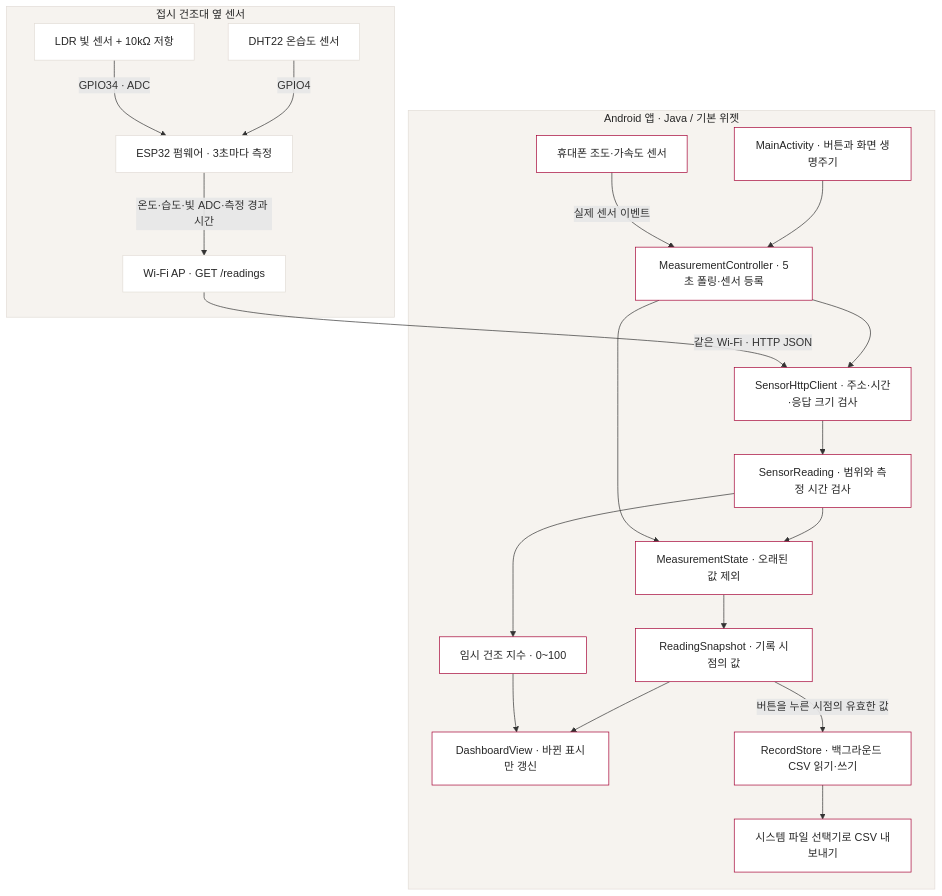
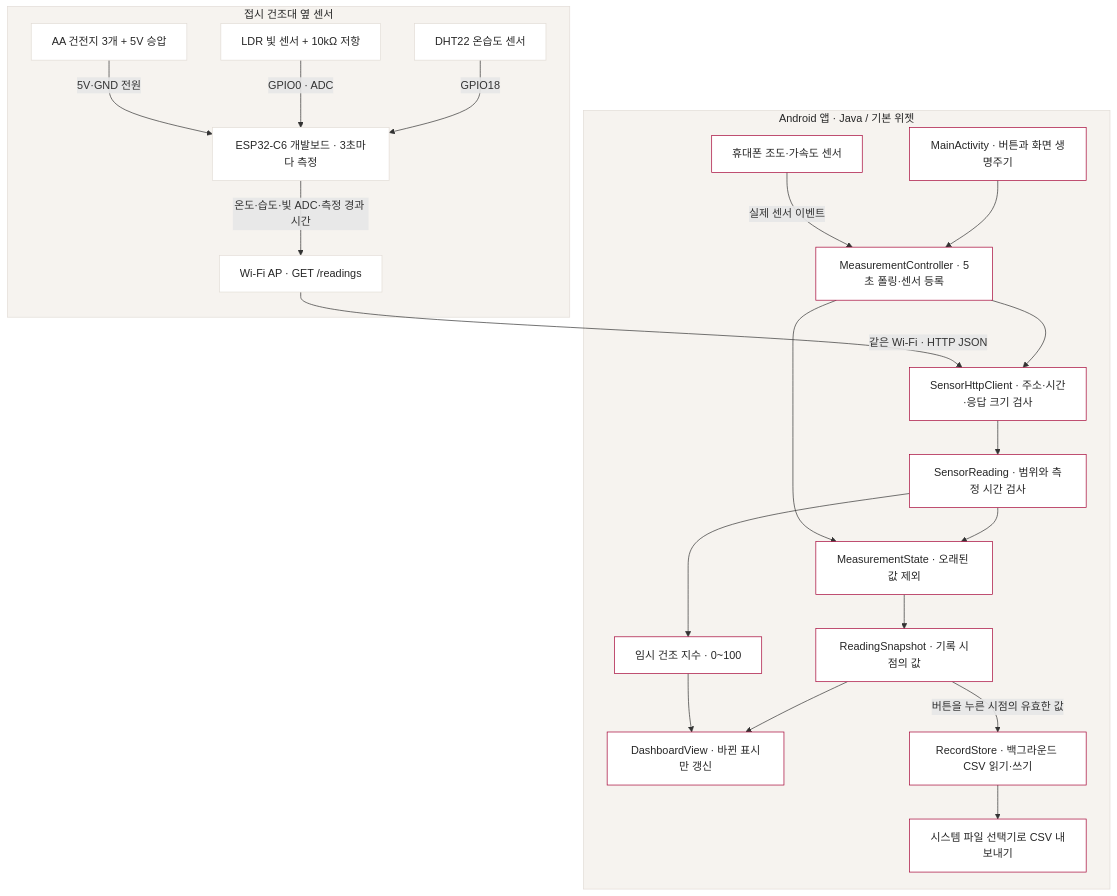
Before and after one commit to unknownamed/lgax-kitchen-sensor-android: the diagram in README.md, drawn with Mermaid. The commit also changed other lines of this file and 23 other files, not shown here.

````diff
--- a/README.md
+++ b/README.md
@@ -43,46 +58,48 @@
 ```mermaid
 flowchart TD
     subgraph rack["접시 건조대 옆 센서"]
         DHT["DHT22 온습도 센서"]
         LDR["LDR 빛 센서 + 10kΩ 저항"]
-        ESP["ESP32 펌웨어 · 3초마다 측정"]
+        ESP["ESP32-C6 개발보드 · 3초마다 측정"]
+        BAT["AA 건전지 3개 + 5V 승압"]
         API["Wi-Fi AP · GET /readings"]
-        DHT -->|GPIO4| ESP
-        LDR -->|GPIO34 · ADC| ESP
+        DHT -->|GPIO18| ESP
+        LDR -->|GPIO0 · ADC| ESP
+        BAT -->|"5V·GND 전원"| ESP
         ESP -->|"온도·습도·빛 ADC·측정 경과 시간"| API
     end
 
     subgraph phone["Android 앱 · Java / 기본 위젯"]
         MAIN["MainActivity · 버튼과 화면 생명주기"]
         CONTROL["MeasurementController · 5초 폴링·센서 등록"]
         HTTP["SensorHttpClient · 주소·시간·응답 크기 검사"]
         PARSE["SensorReading · 범위와 측정 시간 검사"]
         STATE["MeasurementState · 오래된 값 제외"]
         SNAP["ReadingSnapshot · 기록 시점의 값"]
         SCREEN["DashboardView · 바뀐 표시만 갱신"]
         INDEX["임시 건조 지수 · 0~100"]
         PHONE["휴대폰 조도·가속도 센서"]
         FILE["RecordStore · 백그라운드 CSV 읽기·쓰기"]
         EXPORT["시스템 파일 선택기로 CSV 내보내기"]
         MAIN --> CONTROL
         CONTROL --> HTTP
         HTTP --> PARSE
         PARSE --> STATE
         STATE --> SNAP
         SNAP --> SCREEN
         PARSE --> INDEX
         INDEX --> SCREEN
         PHONE -->|"실제 센서 이벤트"| CONTROL
         CONTROL --> STATE
         SNAP -->|"버튼을 누른 시점의 유효한 값"| FILE
         FILE --> EXPORT
     end
 
     API -->|"같은 Wi-Fi · HTTP JSON"| HTTP
     classDef device fill:#ffffff,stroke:#e2dcd6,color:#262626
     classDef app fill:#ffffff,stroke:#a50034,color:#262626
-    class DHT,LDR,ESP,API device
+    class DHT,LDR,ESP,API,BAT device
     class MAIN,CONTROL,HTTP,PARSE,STATE,SNAP,SCREEN,INDEX,PHONE,FILE,EXPORT app
     style rack fill:#f6f3ef,stroke:#e2dcd6,color:#262626
     style phone fill:#f6f3ef,stroke:#e2dcd6,color:#262626
 ```
````
